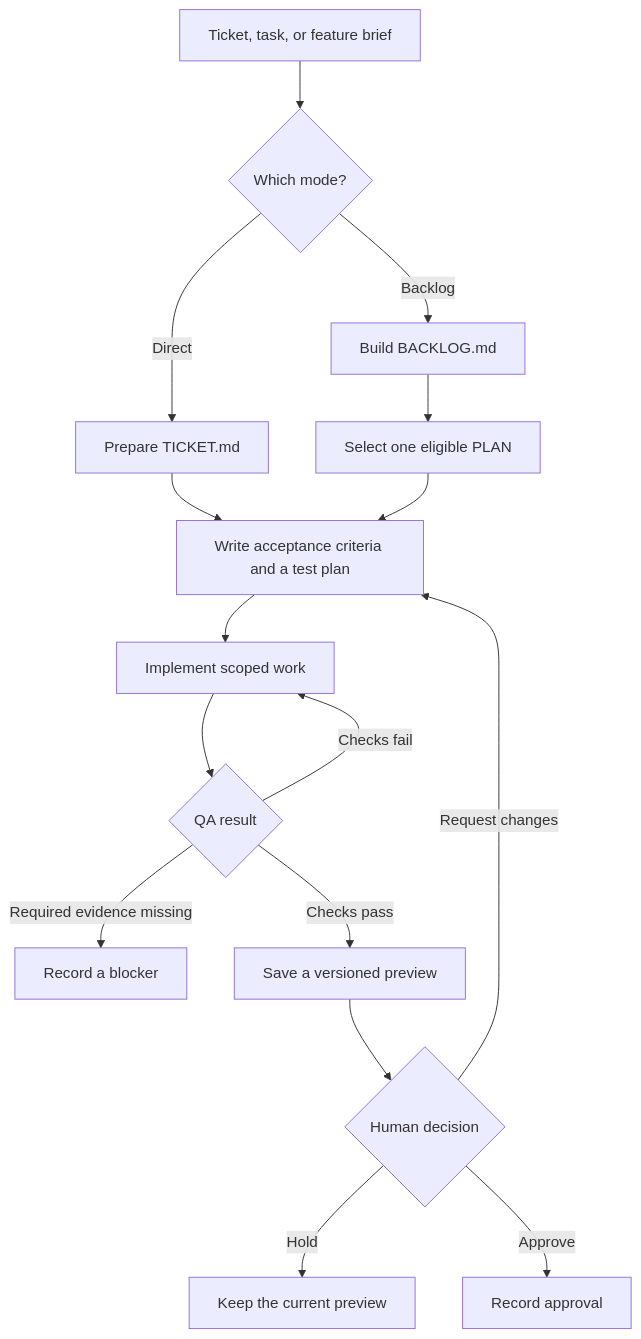
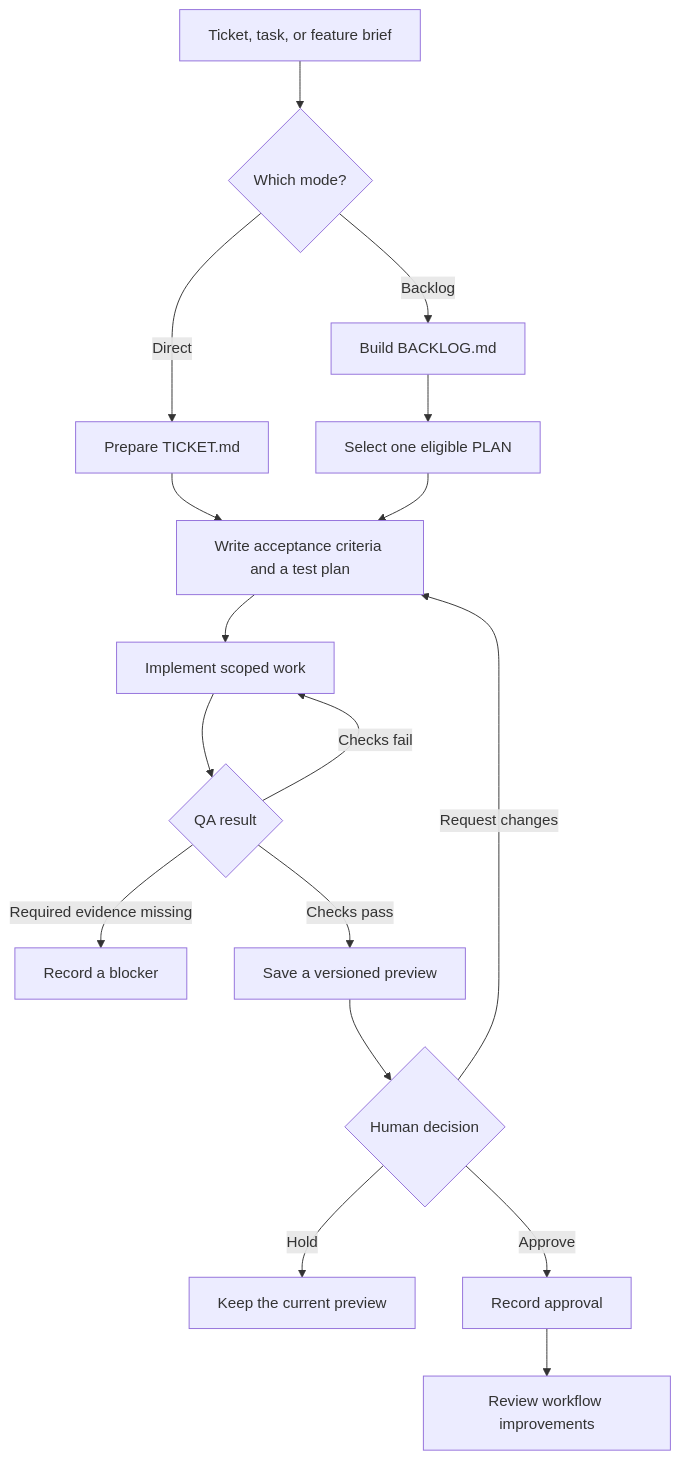
The diagram in README.md (khaesha/ai-agency-template), drawn with Mermaid before and after one commit. The commit also changed other lines of this file and 3 other files, not shown here.

````diff
--- a/README.md
+++ b/README.md
@@ -7,18 +7,19 @@
 ```mermaid
 flowchart TD
     Input["Ticket, task, or feature brief"] --> Mode{"Which mode?"}
     Mode -->|Direct| Ticket["Prepare TICKET.md"]
     Mode -->|Backlog| Backlog["Build BACKLOG.md"]
     Backlog --> Select["Select one eligible PLAN"]
     Ticket --> Prepare["Write acceptance criteria and a test plan"]
     Select --> Prepare
     Prepare --> Implement["Implement scoped work"]
     Implement --> QA{"QA result"}
     QA -->|Checks fail| Implement
     QA -->|Required evidence missing| Blocked["Record a blocker"]
     QA -->|Checks pass| Preview["Save a versioned preview"]
     Preview --> Human{"Human decision"}
     Human -->|Request changes| Prepare
     Human -->|Hold| Hold["Keep the current preview"]
     Human -->|Approve| Approved["Record approval"]
+    Approved --> Learn["Review workflow improvements"]
 ```
````
